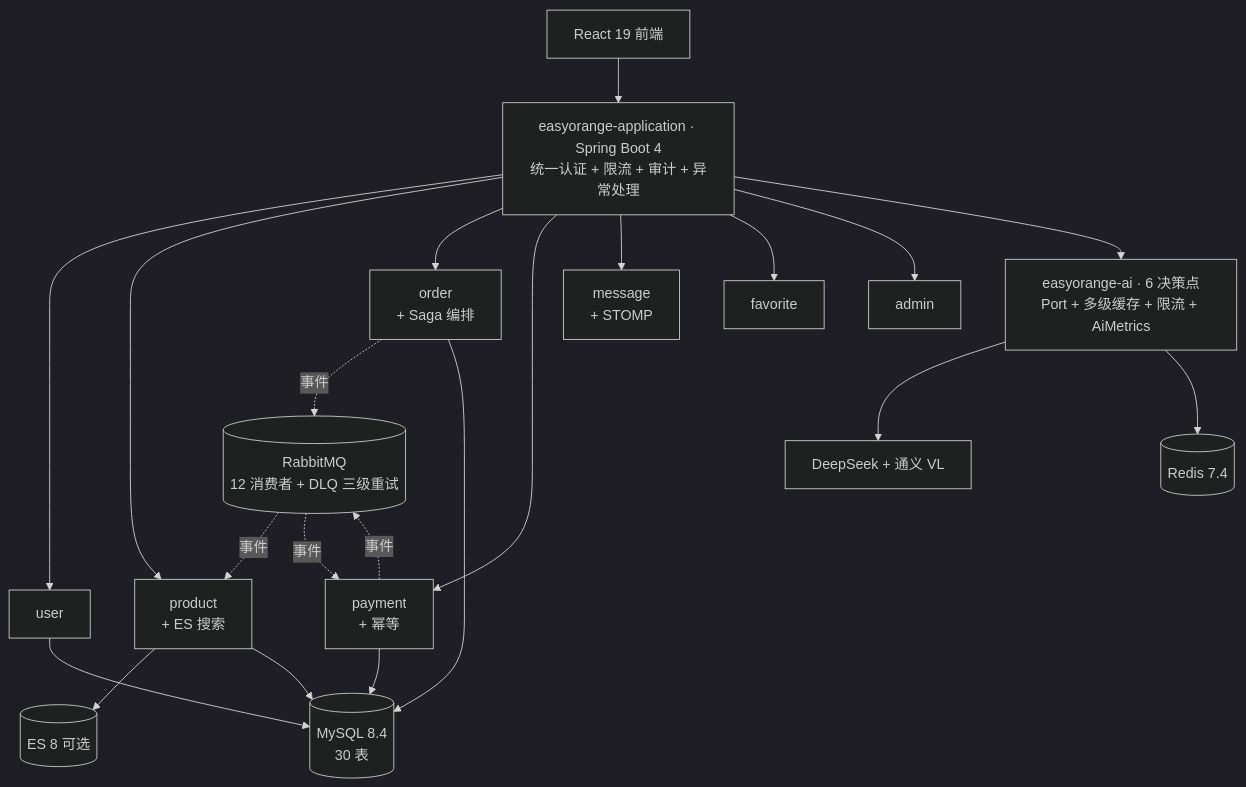
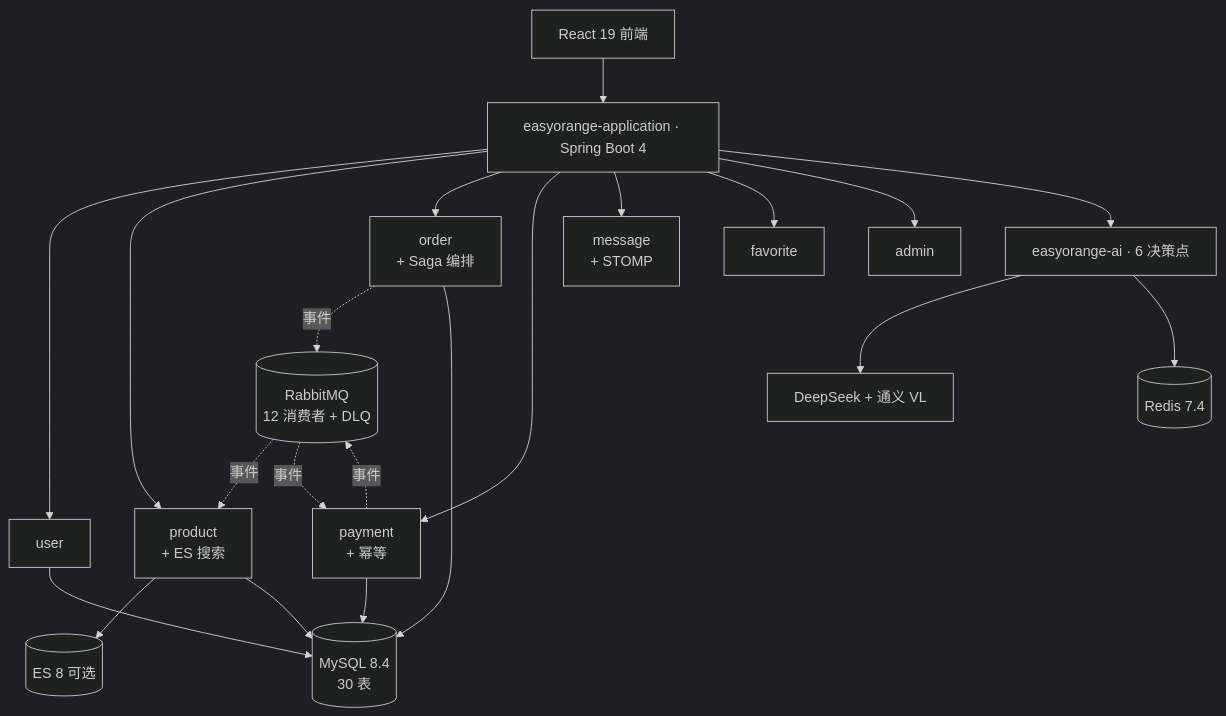
One commit to 471292781/EasyOrange changed the first of 3 diagrams in README.md. Above: the diagram before and after it, drawn with Mermaid (dark theme). The commit also changed other lines of this file and 4 other files, not shown here.

````diff
--- a/README.md
+++ b/README.md
@@ -51,30 +52,27 @@
 ```mermaid
 graph TB
     FE["React 19 前端"]
-    APP["easyorange-application · Spring Boot 4<br/>统一认证 + 限流 + 审计 + 异常处理"]
-
+    APP["easyorange-application · Spring Boot 4"]
     USER[user]
     PROD["product<br/>+ ES 搜索"]
     ORD["order<br/>+ Saga 编排"]
     PAY["payment<br/>+ 幂等"]
     MSG["message<br/>+ STOMP"]
     FAV[favorite]
     ADMIN[admin]
-    AI["easyorange-ai · 6 决策点<br/>Port + 多级缓存 + 限流 + AiMetrics"]
-
-    MQ[("RabbitMQ<br/>12 消费者 + DLQ 三级重试")]
+    AI["easyorange-ai · 6 决策点"]
+    MQ[("RabbitMQ<br/>12 消费者 + DLQ")]
     DB[("MySQL 8.4<br/>30 表")]
     REDIS[("Redis 7.4")]
     ES[("ES 8 可选")]
     LLM["DeepSeek + 通义 VL"]
-
     FE --> APP
     APP --> USER & PROD & ORD & PAY & MSG & FAV & ADMIN & AI
     AI --> LLM
     PROD --> ES
     ORD -.事件.-> MQ
     PAY -.事件.-> MQ
     MQ -.事件.-> PROD & PAY
     USER & PROD & ORD & PAY --> DB
     AI --> REDIS
 ```
````
